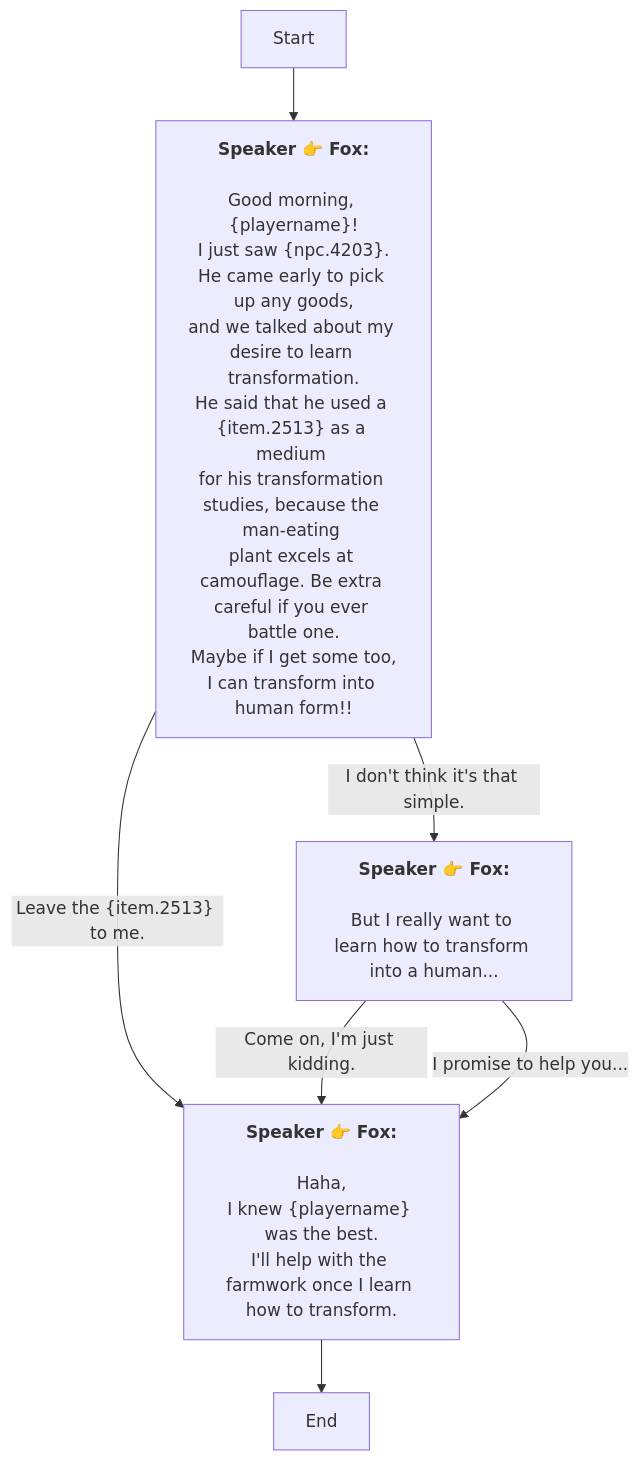
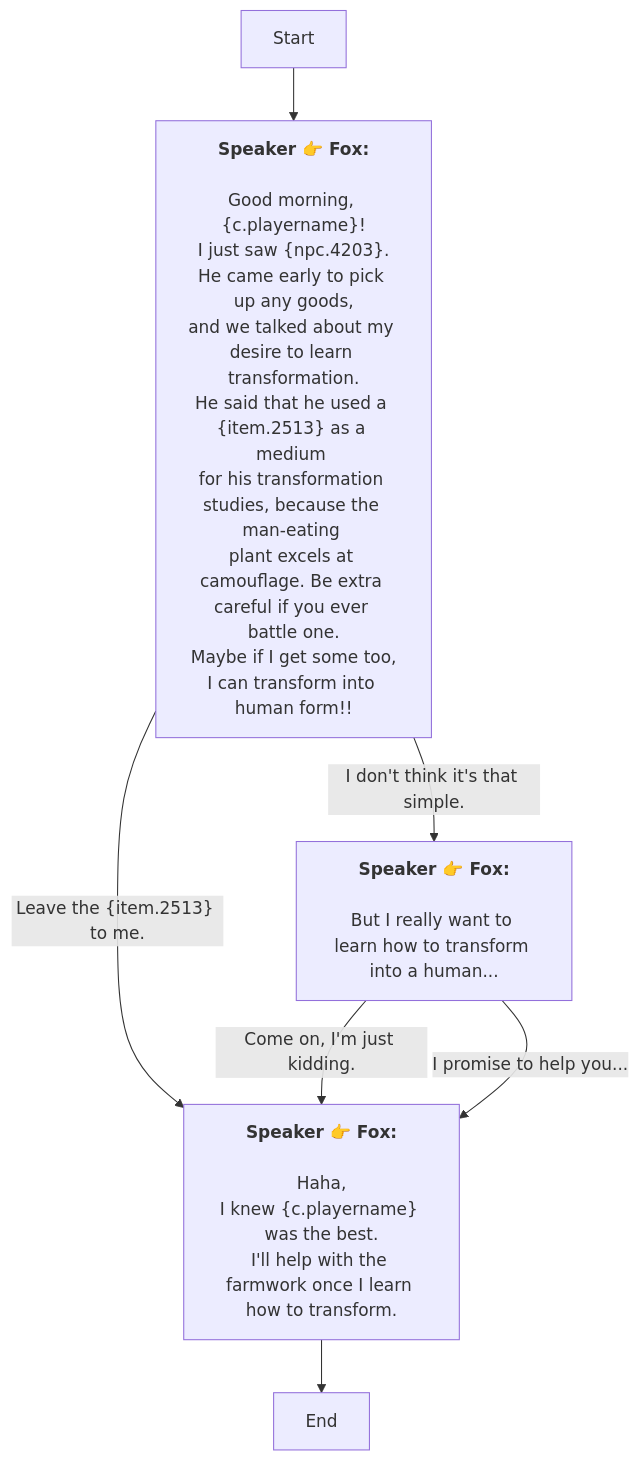
Before and after one commit to SoftHu/tos_avg: the diagram in En/QuestStartTalkENode_1738538277243034.md, drawn with Mermaid. The commit also changed 410 other files, not shown here.

````diff
--- a/En/QuestStartTalkENode_1738538277243034.md
+++ b/En/QuestStartTalkENode_1738538277243034.md
@@ -1,26 +1,26 @@
 ```mermaid
 graph
 Start -->1738538993755293[<b>Speaker 👉 Fox:</b>
-\nGood morning, &lbrace;playername&rbrace;!\nI just saw &lbrace;npc.4203&rbrace;.
+\nGood morning, &lbrace;c.playername&rbrace;!\nI just saw &lbrace;npc.4203&rbrace;.
 He came early to pick up any goods,
 and we talked about my desire to learn transformation.\nHe said that he used a &lbrace;item.2513&rbrace; as a medium 
 for his transformation studies, because the man-eating 
 plant excels at camouflage. Be extra careful if you ever battle one.\nMaybe if I get some too,
 I can transform into human form!!]
 1738538993755293 -->|I don't think it's that simple.|1738539246921891[<b>Speaker 👉 Fox:</b>
 \nBut I really want to learn how to transform into a human...]
 1738538993755293 -->|Leave the &lbrace;item.2513&rbrace; to me.|1738539326217385[<b>Speaker 👉 Fox:</b>
 \nHaha,
-I knew &lbrace;playername&rbrace; was the best.
+I knew &lbrace;c.playername&rbrace; was the best.
 I'll help with the farmwork once I learn how to transform.]
 1738539246921891 -->|Come on, I'm just kidding.|1738539326217385[<b>Speaker 👉 Fox:</b>
 \nHaha,
-I knew &lbrace;playername&rbrace; was the best.
+I knew &lbrace;c.playername&rbrace; was the best.
 I'll help with the farmwork once I learn how to transform.]
 1738539246921891 -->|I promise to help you...|1738539326217385[<b>Speaker 👉 Fox:</b>
 \nHaha,
-I knew &lbrace;playername&rbrace; was the best.
+I knew &lbrace;c.playername&rbrace; was the best.
 I'll help with the farmwork once I learn how to transform.]
 1738539326217385 -->1738539373948074[End]
 
 ```
````
